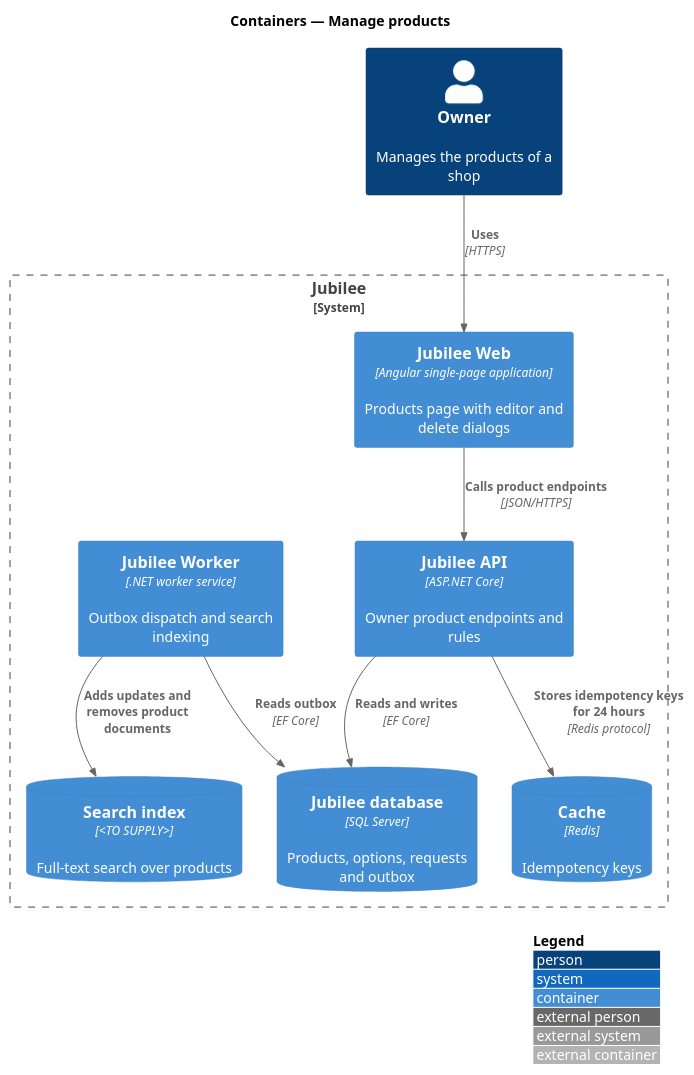
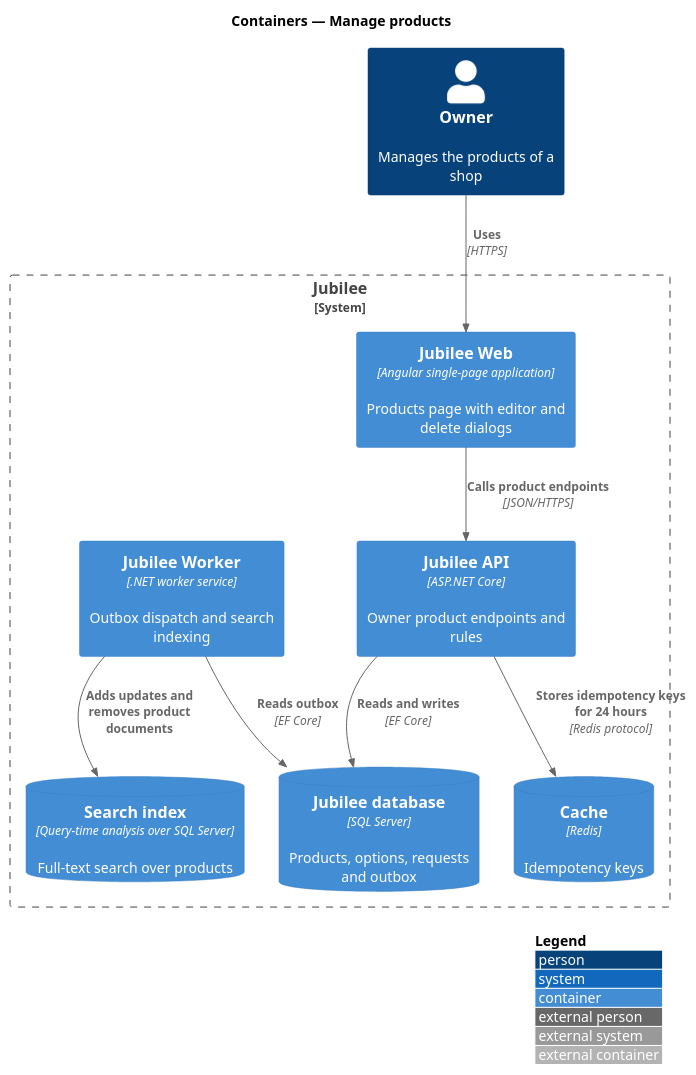
Before and after one commit to QuinntyneBrown/jubilee: the diagram in docs/detailed-designs/owner-workspace/manage-products/diagrams/c4-container.puml, drawn with PlantUML. The commit also changed 34 other files, not shown here.

First line of the commit message:
Search: the index over the database is the final design, with no indexing job (ADR 0011, L2-029 AC7)

```diff
--- a/docs/detailed-designs/owner-workspace/manage-products/diagrams/c4-container.puml
+++ b/docs/detailed-designs/owner-workspace/manage-products/diagrams/c4-container.puml
@@ -1,21 +1,21 @@
 @startuml
 !include <C4/C4_Container>
 LAYOUT_WITH_LEGEND()
 title Containers — Manage products
 
 Person(owner, "Owner", "Manages the products of a shop")
 System_Boundary(jubilee, "Jubilee") {
   Container(web, "Jubilee Web", "Angular single-page application", "Products page with editor and delete dialogs")
   Container(api, "Jubilee API", "ASP.NET Core", "Owner product endpoints and rules")
   Container(worker, "Jubilee Worker", ".NET worker service", "Outbox dispatch and search indexing")
   ContainerDb(db, "Jubilee database", "SQL Server", "Products, options, requests and outbox")
   ContainerDb(cache, "Cache", "Redis", "Idempotency keys")
-  ContainerDb(search, "Search index", "<TO SUPPLY>", "Full-text search over products")
+  ContainerDb(search, "Search index", "Query-time analysis over SQL Server", "Full-text search over products")
 }
 Rel(owner, web, "Uses", "HTTPS")
 Rel(web, api, "Calls product endpoints", "JSON/HTTPS")
 Rel(api, db, "Reads and writes", "EF Core")
 Rel(api, cache, "Stores idempotency keys for 24 hours", "Redis protocol")
 Rel(worker, db, "Reads outbox", "EF Core")
 Rel(worker, search, "Adds updates and removes product documents")
 @enduml
```
